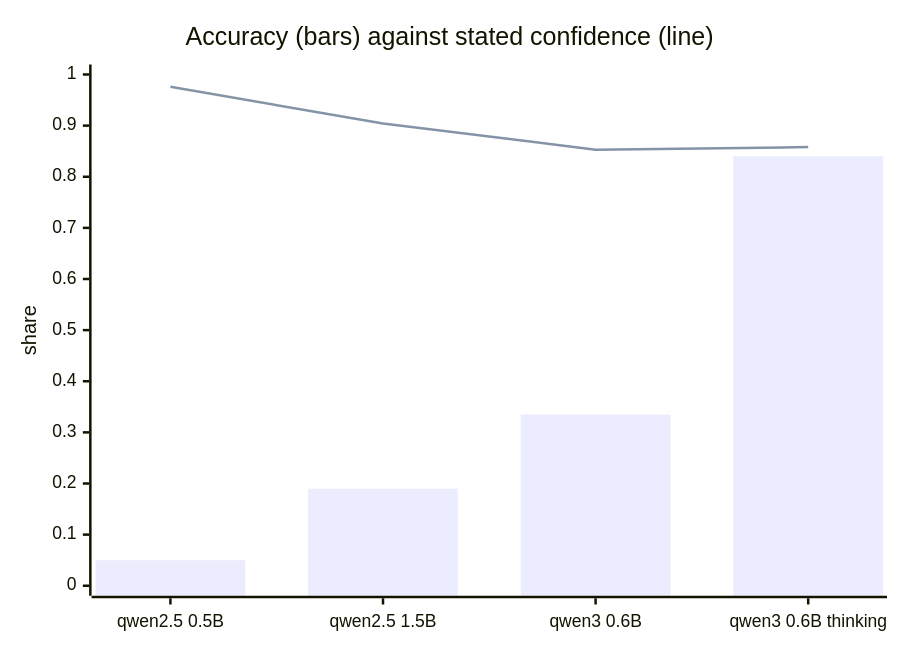
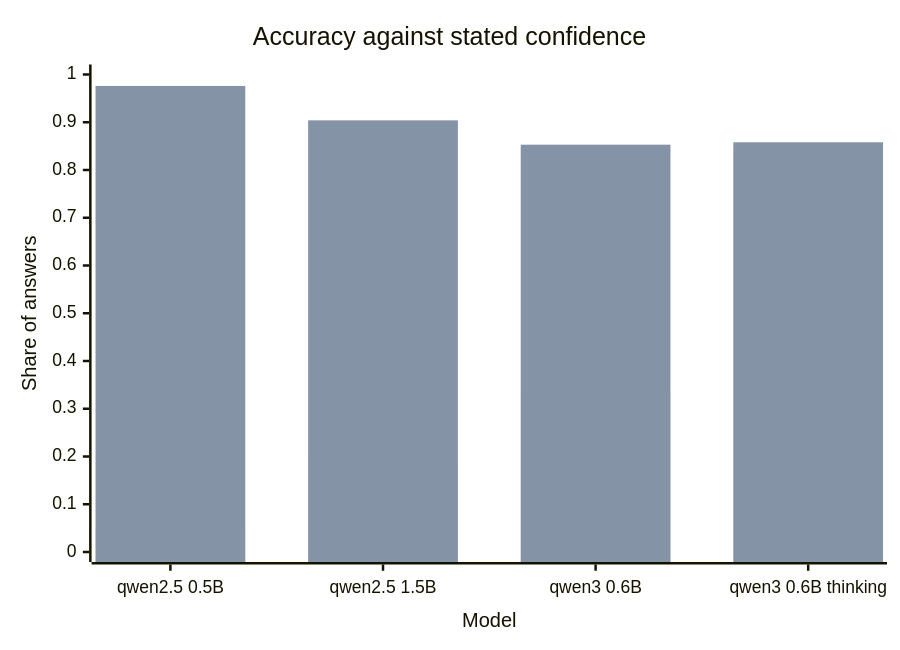
One commit to profrodai/sovereign-agent changed the first of 4 diagrams in book/textbook/ch11/profrod-sovereign-agent-ch11-spending-permissions-chapter.md. Above: the diagram before and after it, drawn with Mermaid. The commit also changed other lines of this file and 14 other files, not shown here.

First line of the commit message:
Make every chart readable on its own: named series, titled axes, captions that explain

````diff
--- a/book/textbook/ch11/profrod-sovereign-agent-ch11-spending-permissions-chapter.md
+++ b/book/textbook/ch11/profrod-sovereign-agent-ch11-spending-permissions-chapter.md
@@ -111,8 +111,8 @@
 ```mermaid
 xychart-beta
-    title "Accuracy (bars) against stated confidence (line)"
-    x-axis ["qwen2.5 0.5B", "qwen2.5 1.5B", "qwen3 0.6B", "qwen3 0.6B thinking"]
-    y-axis "share" 0 --> 1
-    bar [0.05, 0.19, 0.335, 0.84]
-    line [0.976, 0.904, 0.853, 0.858]
+    title "Accuracy against stated confidence"
+    x-axis "Model" ["qwen2.5 0.5B", "qwen2.5 1.5B", "qwen3 0.6B", "qwen3 0.6B thinking"]
+    y-axis "Share of answers" 0 --> 1
+    bar "Right" [0.05, 0.19, 0.335, 0.84]
+    bar "Stated confidence" [0.976, 0.904, 0.853, 0.858]
 ```
````
